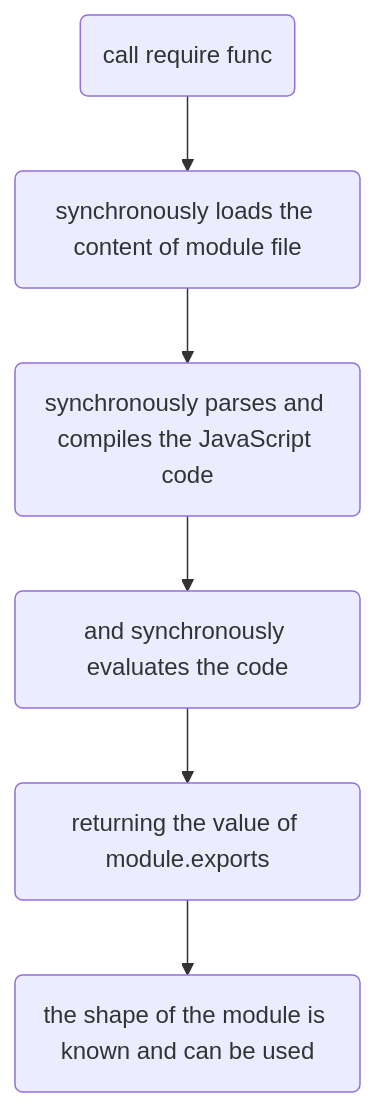
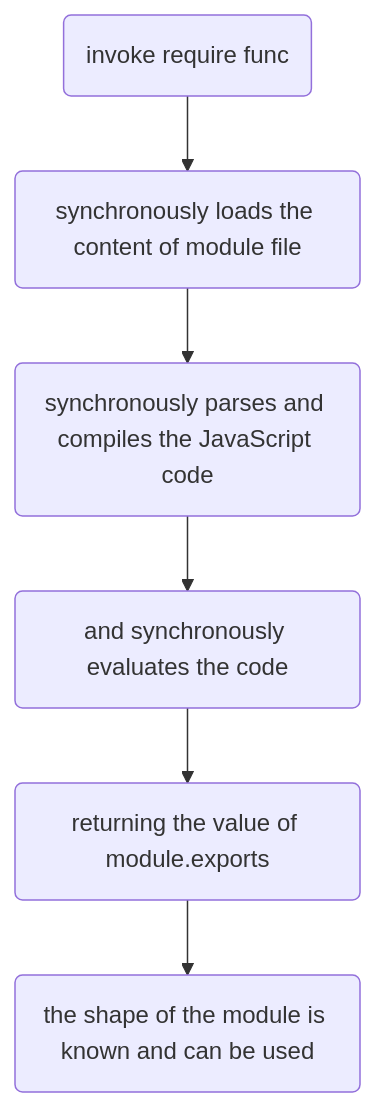
The first of 2 diagrams in nodejs.md (danghung1202/awesome-note), drawn with Mermaid before and after one commit.

````diff
--- a/nodejs.md
+++ b/nodejs.md
@@ -169,8 +169,8 @@
 ```mermaid
     graph TD
-        A(call require func)-->B(synchronously loads the content of module file)
-        B-->C(synchronously parses and compiles the JavaScript code)
-        C-->D(and synchronously evaluates the code)
-        D-->F(returning the value of module.exports)
-        F-->G(the shape of the module is known and can be used)
+    A(invoke require func)-->B(synchronously loads the content of module file)
+    B-->C(synchronously parses and compiles the JavaScript code)
+    C-->D(and synchronously evaluates the code)
+    D-->F(returning the value of module.exports)
+    F-->G(the shape of the module is known and can be used)
 ```
````
